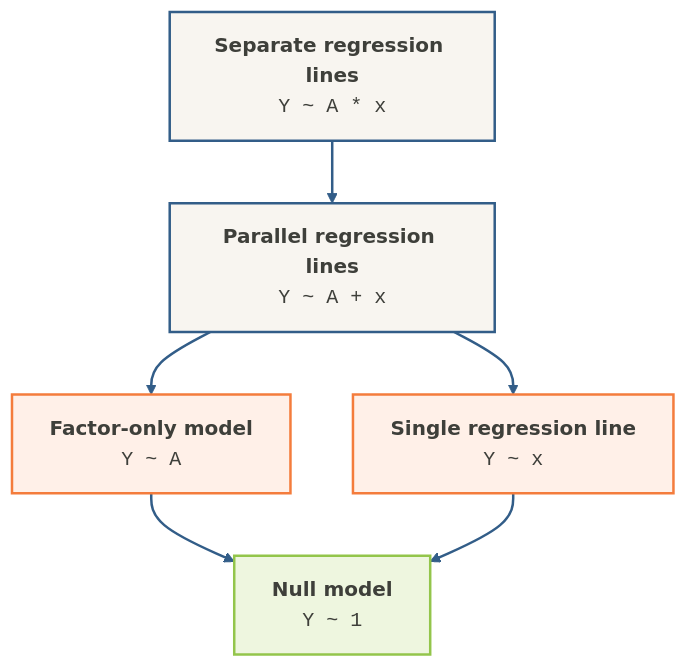
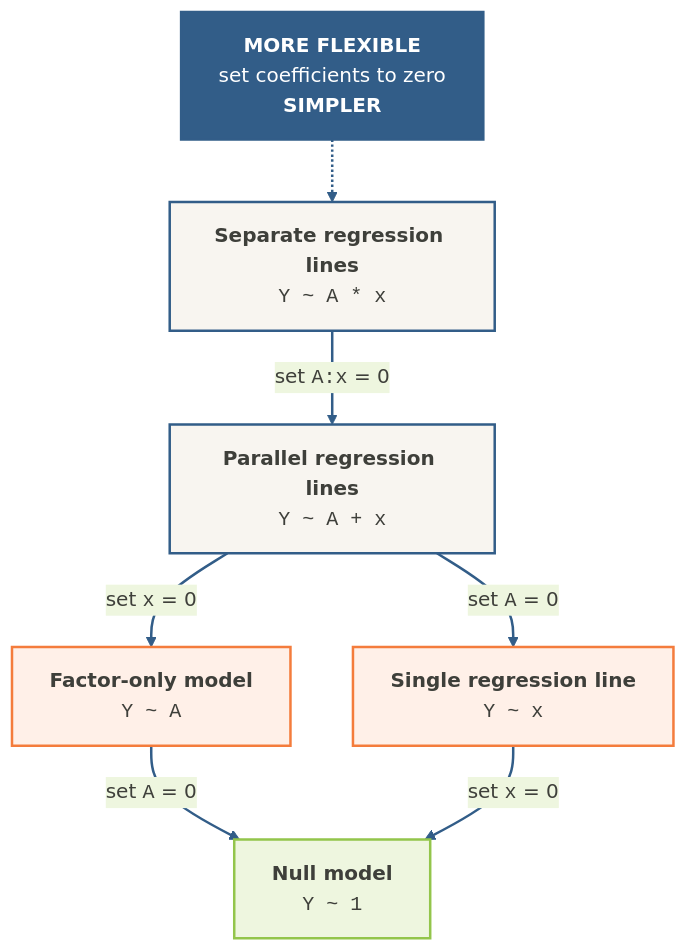
One commit to nknowlton/161251 changed the diagram in lecture-content/26-model-comparison-2-nesting.qmd. Above: the diagram before and after it, drawn with Mermaid. The commit also changed 2 other files, not shown here.

Commit message:
Refine Lecture 26 sequencing and visuals

````diff
--- a/lecture-content/26-model-comparison-2-nesting.qmd
+++ b/lecture-content/26-model-comparison-2-nesting.qmd
@@ -9,36 +9,39 @@
 ```{mermaid}
 %%{init: {
   "theme": "base",
   "themeVariables": {
     "fontFamily": "Roboto, Segoe UI, sans-serif",
     "primaryColor": "#f8f5f0",
     "primaryTextColor": "#3e3f3a",
     "primaryBorderColor": "#325d88",
     "lineColor": "#325d88",
     "secondaryColor": "#eef6df",
     "tertiaryColor": "#fff0e8"
   }
 }}%%
 
 flowchart TD
+  direction["<b>MORE FLEXIBLE</b><br/>set coefficients to zero<br/><b>SIMPLER</b>"]:::direction
     full["<b>Separate regression lines</b><br/><code>Y ~ A * x</code>"]
     parallel["<b>Parallel regression lines</b><br/><code>Y ~ A + x</code>"]
     factor["<b>Factor-only model</b><br/><code>Y ~ A</code>"]
     single["<b>Single regression line</b><br/><code>Y ~ x</code>"]
     null["<b>Null model</b><br/><code>Y ~ 1</code>"]
 
-    full --> parallel
-    parallel --> factor
-    parallel --> single
-    factor --> null
-    single --> null
+    direction -.-> full
+    full -->|set <code>A:x</code> = 0| parallel
+    parallel -->|set <code>x</code> = 0| factor
+    parallel -->|set <code>A</code> = 0| single
+    factor -->|set <code>A</code> = 0| null
+    single -->|set <code>x</code> = 0| null
 
     classDef flexible fill:#f8f5f0,stroke:#325d88,stroke-width:2px,color:#3e3f3a
     classDef intermediate fill:#fff0e8,stroke:#f47c3c,stroke-width:2px,color:#3e3f3a
     classDef simple fill:#eef6df,stroke:#93c54b,stroke-width:2px,color:#3e3f3a
 
     class full,parallel flexible
     class factor,single intermediate
     class null simple
+    classDef direction fill:#325d88,stroke:#325d88,stroke-width:2px,color:#ffffff
     linkStyle default stroke:#325d88,stroke-width:2px
 ```
````
